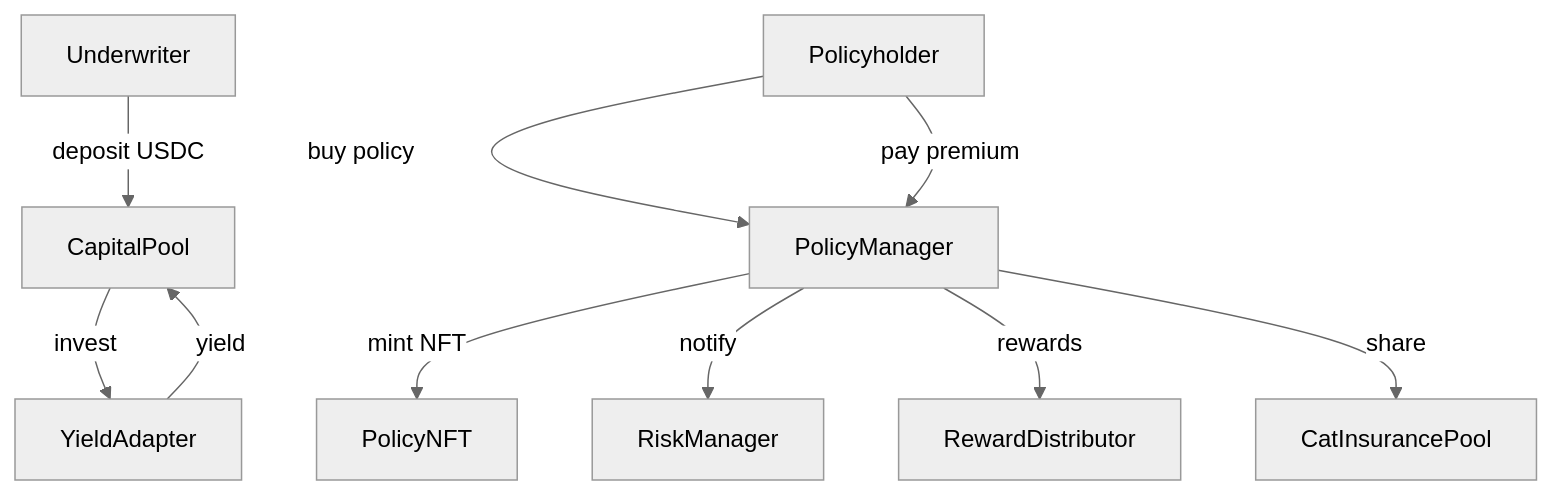
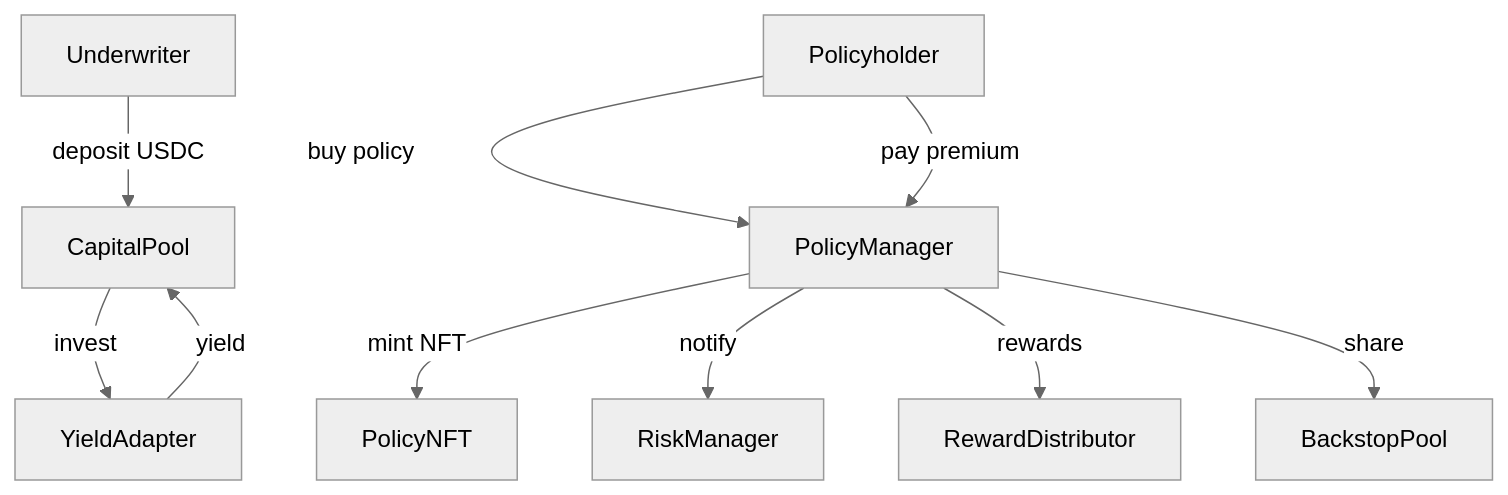
The second of 3 diagrams in README.md (Amplify-Insurance/monorepo), drawn with Mermaid (neutral theme) before and after one commit. The commit also changed other lines of this file and 48 other files, not shown here.

Commit message:
Rename CatInsurancePool to BackstopPool

````diff
--- a/README.md
+++ b/README.md
@@ -325,12 +325,12 @@
 ```mermaid
 graph TD
     Underwriter -->|deposit USDC| CapitalPool
     CapitalPool -->|invest| YieldAdapter
     YieldAdapter -->|yield| CapitalPool
     Policyholder -->|buy policy| PolicyManager
     PolicyManager -->|mint NFT| PolicyNFT
     PolicyManager -->|notify| RiskManager
     Policyholder -->|pay premium| PolicyManager
     PolicyManager -->|rewards| RewardDistributor
-    PolicyManager -->|share| CatInsurancePool
+    PolicyManager -->|share| BackstopPool
 ```
````
